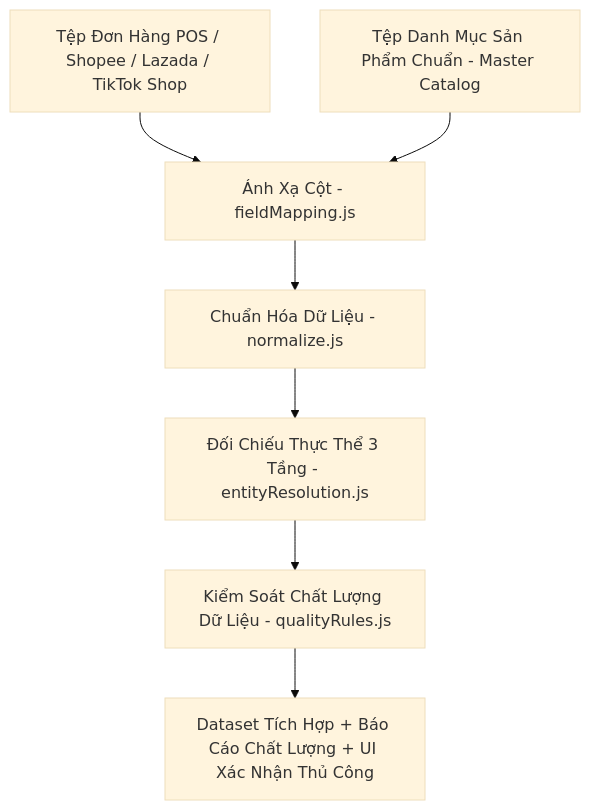
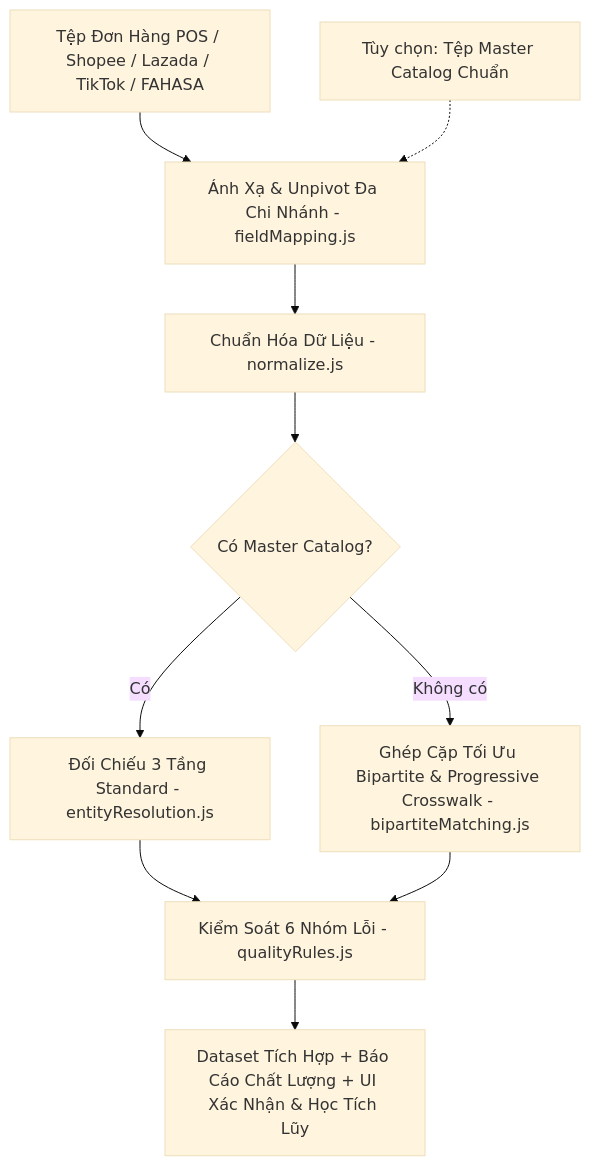
The diagram in README.md (PhamAnhQuoc-HTTT/data-integration-app), drawn with Mermaid (base theme) before and after one commit. The commit also changed other lines of this file, not shown here.

Commit message:
docs: update README with live Vercel link, Dual Mode architecture, and FAHASA processing

````diff
--- a/README.md
+++ b/README.md
@@ -12,9 +13,12 @@
 ```mermaid
 graph TD
-    A[Tệp Đơn Hàng POS / Shopee / Lazada / TikTok Shop] --> B[Ánh Xạ Cột - fieldMapping.js]
-    C[Tệp Danh Mục Sản Phẩm Chuẩn - Master Catalog] --> B
+    A[Tệp Đơn Hàng POS / Shopee / Lazada / TikTok / FAHASA] --> B[Ánh Xạ & Unpivot Đa Chi Nhánh - fieldMapping.js]
+    C[Tùy chọn: Tệp Master Catalog Chuẩn] -.-> B
     B --> D[Chuẩn Hóa Dữ Liệu - normalize.js]
-    D --> E[Đối Chiếu Thực Thể 3 Tầng - entityResolution.js]
-    E --> F[Kiểm Soát Chất Lượng Dữ Liệu - qualityRules.js]
-    F --> G[Dataset Tích Hợp + Báo Cáo Chất Lượng + UI Xác Nhận Thủ Công]
+    D --> E{Có Master Catalog?}
+    E -- Có --> F[Đối Chiếu 3 Tầng Standard - entityResolution.js]
+    E -- Không có --> G[Ghép Cặp Tối Ưu Bipartite & Progressive Crosswalk - bipartiteMatching.js]
+    F --> H[Kiểm Soát 6 Nhóm Lỗi - qualityRules.js]
+    G --> H
+    H --> I[Dataset Tích Hợp + Báo Cáo Chất Lượng + UI Xác Nhận & Học Tích Lũy]
 ```
````
